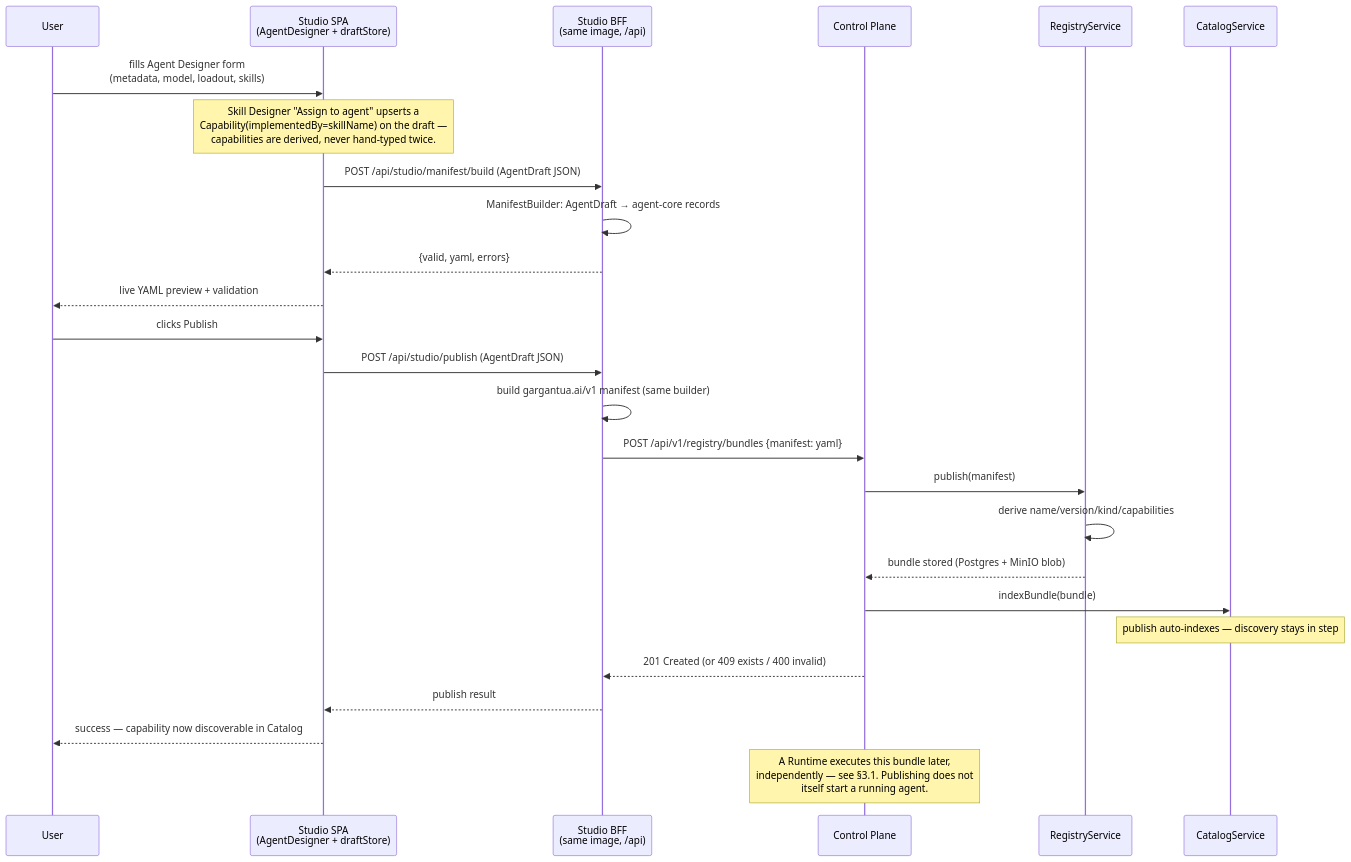
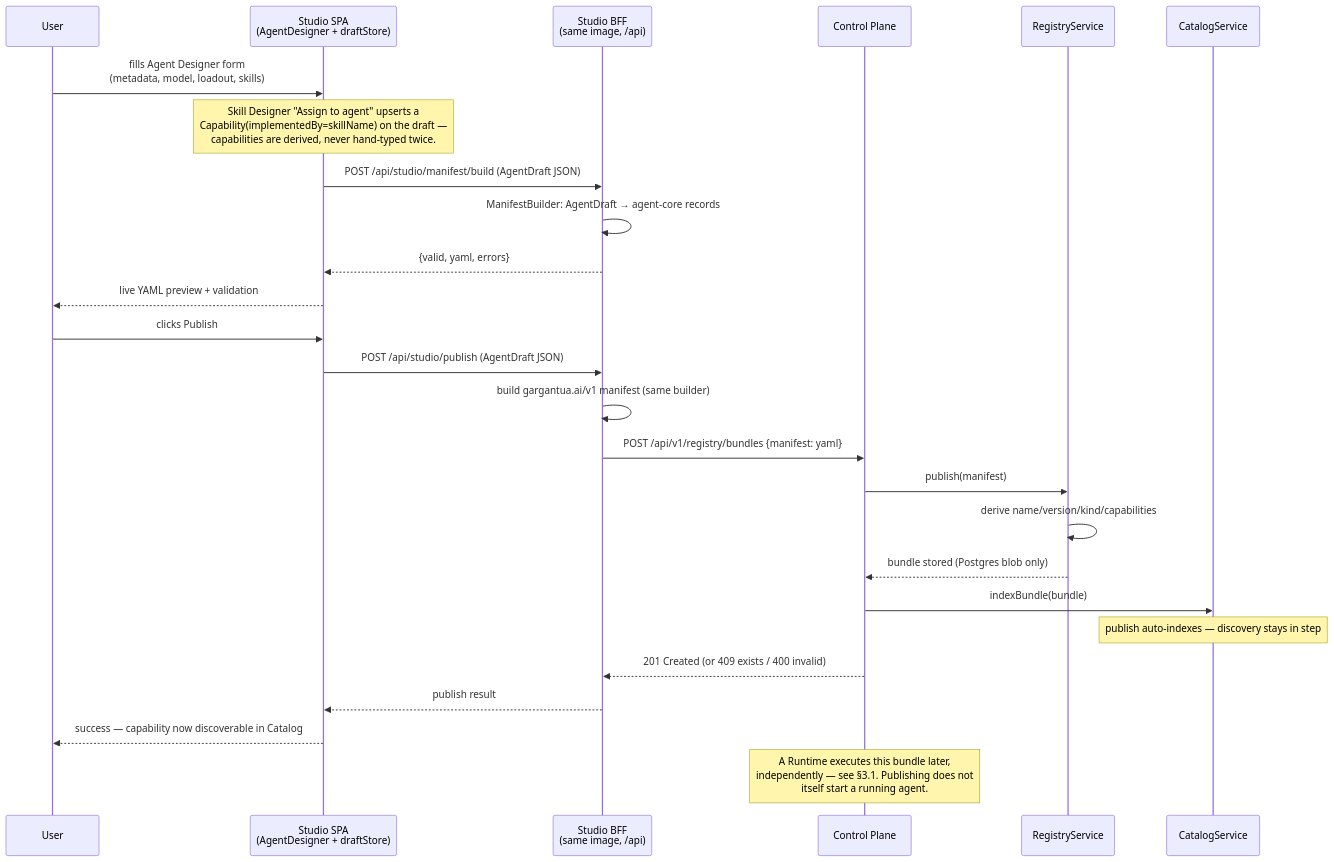
The second of 2 diagrams in docs/architecture/platform-handoff.md (GiskardB/gargantua), drawn with Mermaid before and after one commit. The commit also changed other lines of this file and 2 other files, not shown here.

First line of the commit message:
docs: platform-handoff — remove MinIO references, update Studio status, add session handoff

````diff
--- a/docs/architecture/platform-handoff.md
+++ b/docs/architecture/platform-handoff.md
@@ -212,32 +209,32 @@
 ```mermaid
 sequenceDiagram
     participant User
     participant Studio as Studio SPA<br/>(AgentDesigner + draftStore)
     participant Backend as Studio BFF<br/>(same image, /api)
     participant CP as Control Plane
     participant Registry as RegistryService
     participant Catalog as CatalogService
 
     User->>Studio: fills Agent Designer form<br/>(metadata, model, loadout, skills)
     Note over Studio: Skill Designer "Assign to agent" upserts a<br/>Capability(implementedBy=skillName) on the draft —<br/>capabilities are derived, never hand-typed twice.
 
     Studio->>Backend: POST /api/studio/manifest/build (AgentDraft JSON)
     Backend->>Backend: ManifestBuilder: AgentDraft → agent-core records
     Backend-->>Studio: {valid, yaml, errors}
     Studio-->>User: live YAML preview + validation
 
     User->>Studio: clicks Publish
     Studio->>Backend: POST /api/studio/publish (AgentDraft JSON)
     Backend->>Backend: build gargantua.ai/v1 manifest (same builder)
     Backend->>CP: POST /api/v1/registry/bundles {manifest: yaml}
     CP->>Registry: publish(manifest)
     Registry->>Registry: derive name/version/kind/capabilities
-    Registry-->>CP: bundle stored (Postgres + MinIO blob)
+    Registry-->>CP: bundle stored (Postgres blob only)
     CP->>Catalog: indexBundle(bundle)
     Note over Catalog: publish auto-indexes — discovery stays in step
     CP-->>Backend: 201 Created (or 409 exists / 400 invalid)
     Backend-->>Studio: publish result
     Studio-->>User: success — capability now discoverable in Catalog
 
     Note over CP: A Runtime executes this bundle later,<br/>independently — see §3.1. Publishing does not<br/>itself start a running agent.
 ```
````
